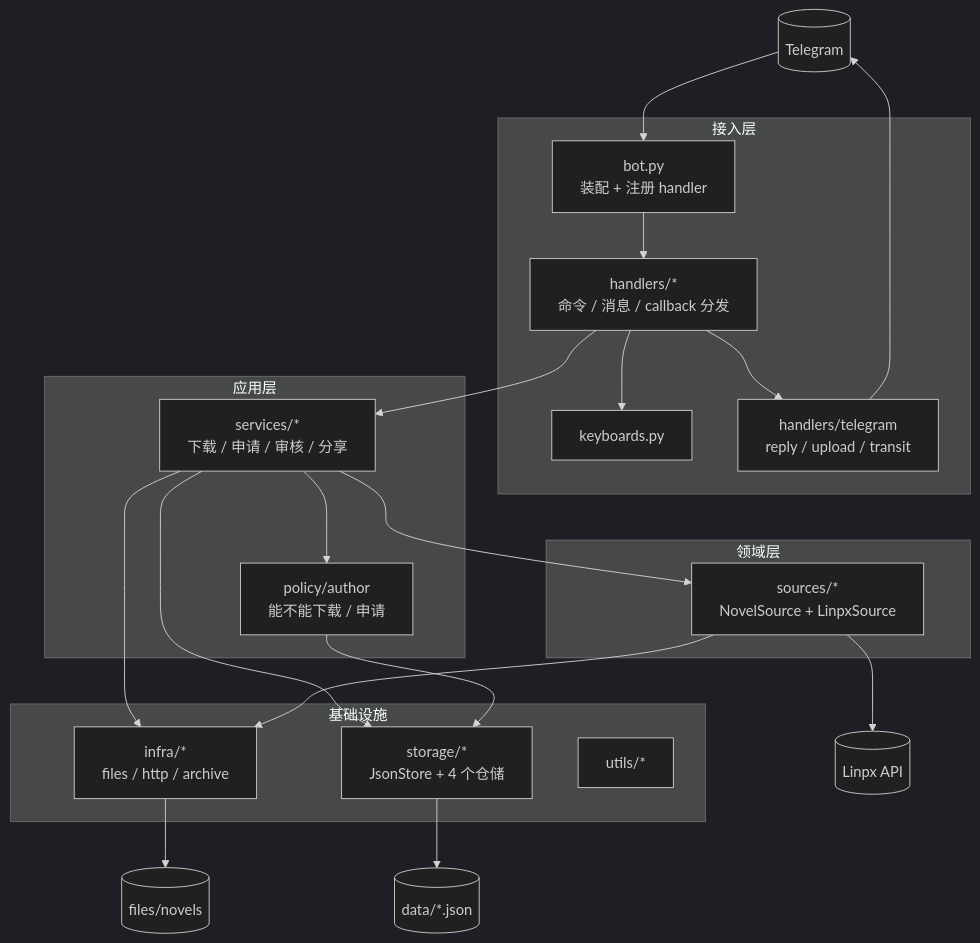
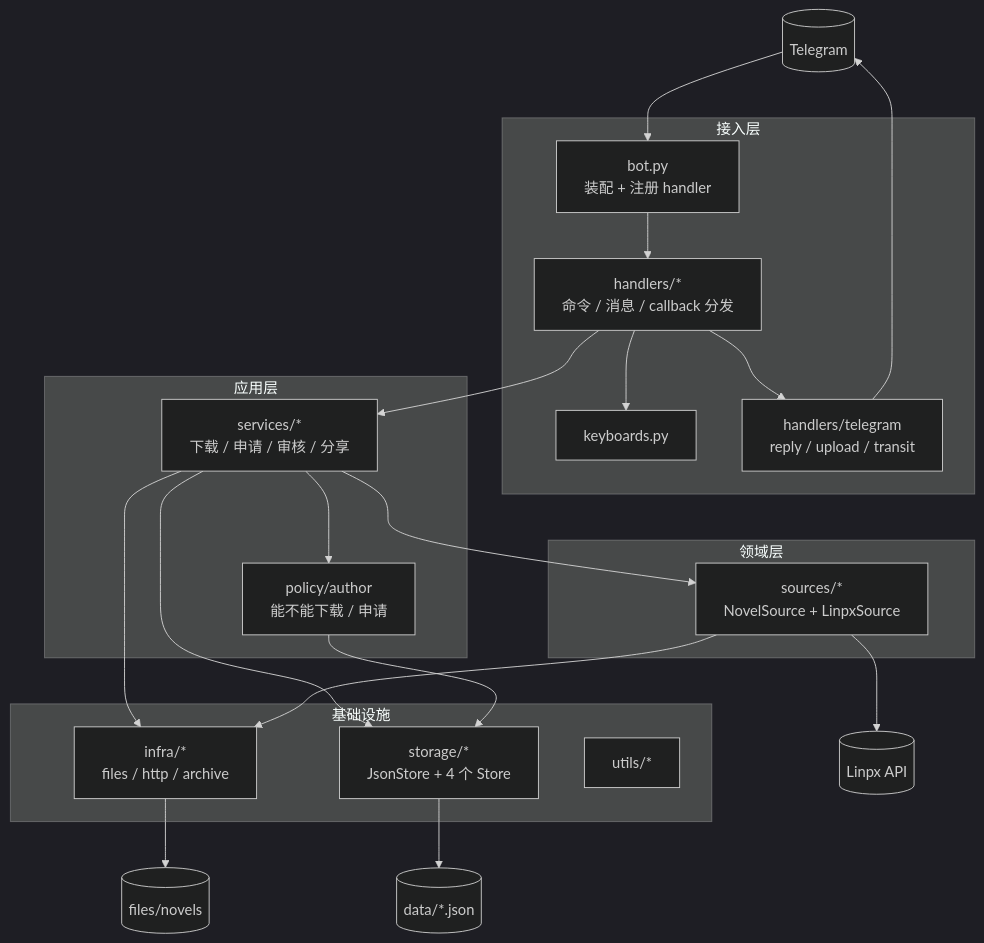
Before and after one commit to DowneyRem/FurryReadingBot: the diagram in docs/03-项目架构说明.md, drawn with Mermaid (dark theme). The commit also changed other lines of this file and 4 other files, not shown here.

````diff
--- a/docs/03-项目架构说明.md
+++ b/docs/03-项目架构说明.md
@@ -23,45 +23,45 @@
 ```mermaid
 flowchart TB
     TG[("Telegram")]
     API[("Linpx API")]
 
     subgraph 接入层
         BOT["bot.py<br/>装配 + 注册 handler"]
         H["handlers/*<br/>命令 / 消息 / callback 分发"]
         KB[keyboards.py]
         TGA["handlers/telegram<br/>reply / upload / transit"]
     end
 
     subgraph 应用层
         SVC["services/*<br/>下载 / 申请 / 审核 / 分享"]
         POL["policy/author<br/>能不能下载 / 申请"]
     end
 
     subgraph 领域层
         SRC["sources/*<br/>NovelSource + LinpxSource"]
     end
 
     subgraph 基础设施
-        ST["storage/*<br/>JsonStore + 4 个仓储"]
+        ST["storage/*<br/>JsonStore + 4 个 Store"]
         INF["infra/*<br/>files / http / archive"]
         U["utils/*"]
     end
 
     DATA[("data/*.json")]
     FILES[("files/novels")]
 
     TG --> BOT --> H
     H --> TGA
     H --> SVC
     H --> KB
     SVC --> SRC
     SVC --> ST
     SVC --> INF
     SVC --> POL
     POL --> ST
     SRC --> INF
     ST --> DATA
     INF --> FILES
     TGA --> TG
     SRC --> API
 ```
````
